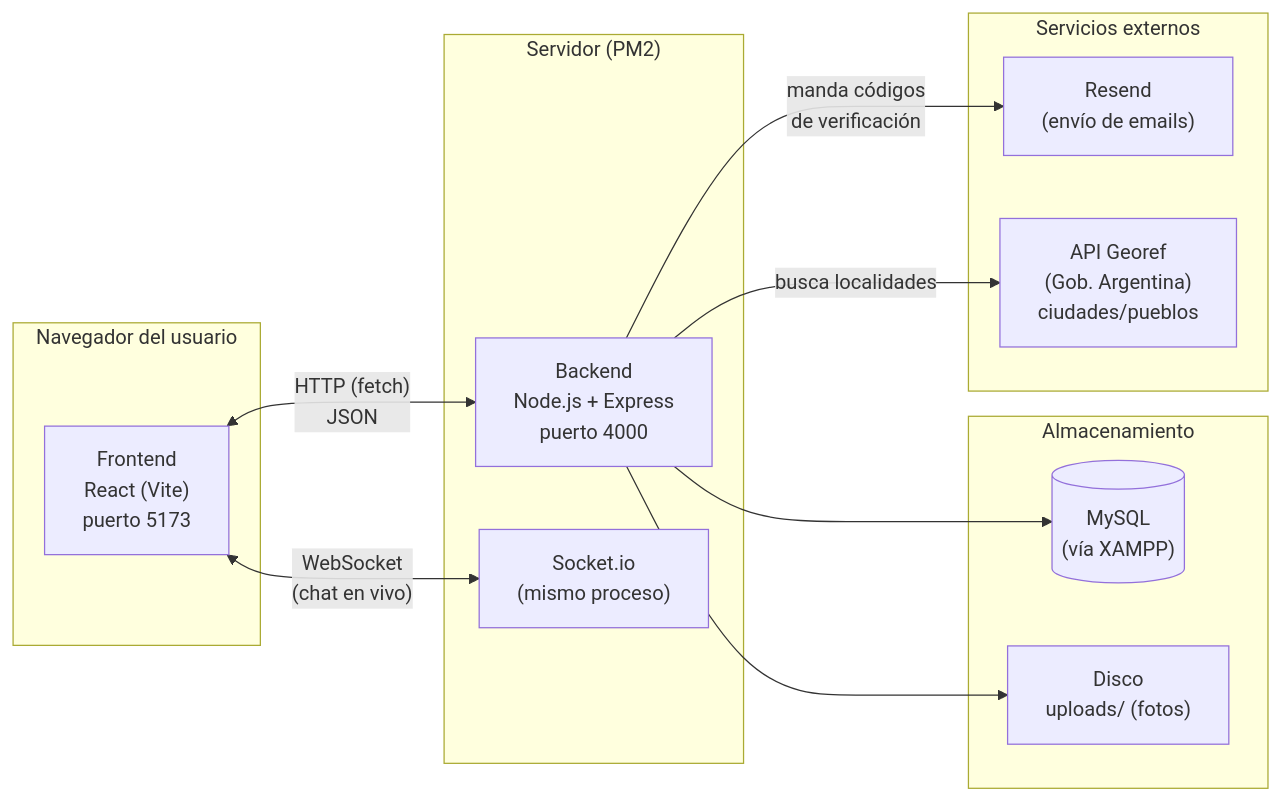
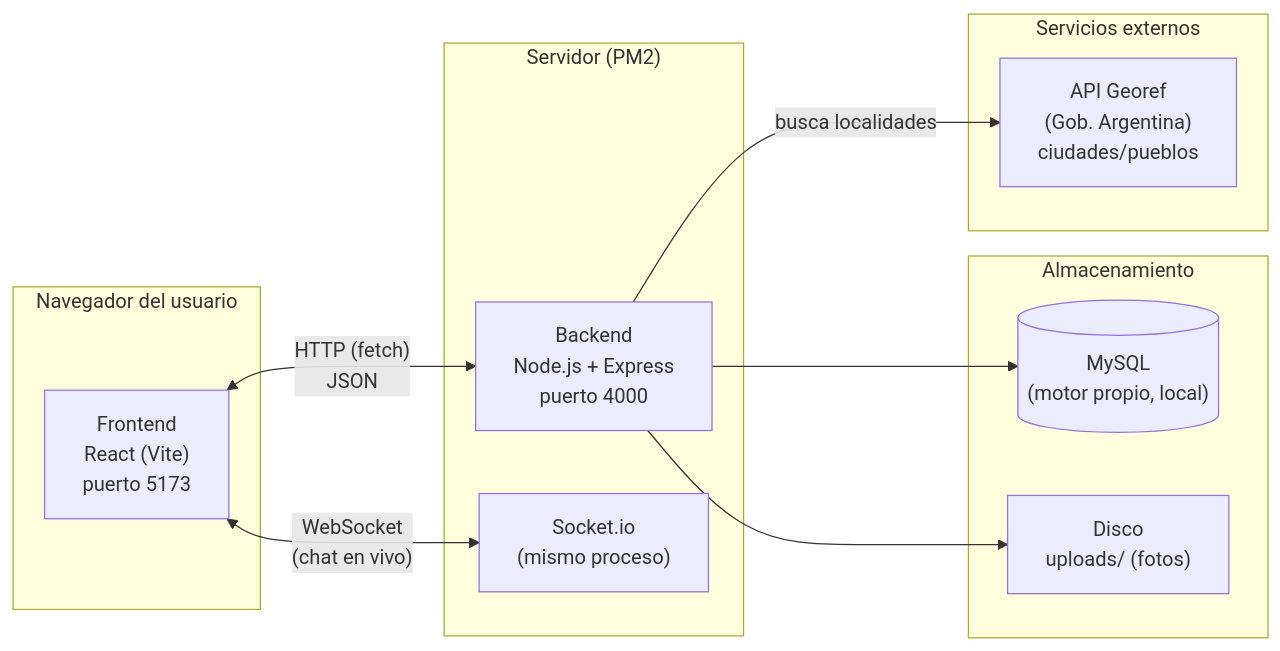
Before and after one commit to Sebollitaaa/PataHogarWEB: the first of 9 diagrams in DOCUMENTACION_TECNICA.md, drawn with Mermaid. The commit also changed other lines of this file and 26 other files, not shown here.

````diff
--- a/DOCUMENTACION_TECNICA.md
+++ b/DOCUMENTACION_TECNICA.md
@@ -42,28 +42,26 @@
 ```mermaid
 flowchart LR
     subgraph Navegador["Navegador del usuario"]
         FE["Frontend<br/>React (Vite)<br/>puerto 5173"]
     end
 
     subgraph Servidor["Servidor (PM2)"]
         BE["Backend<br/>Node.js + Express<br/>puerto 4000"]
         WS["Socket.io<br/>(mismo proceso)"]
     end
 
     subgraph Datos["Almacenamiento"]
-        DB[("MySQL<br/>(vía XAMPP)")]
+        DB[("MySQL<br/>(motor propio, local)")]
         FS["Disco<br/>uploads/ (fotos)"]
     end
 
     subgraph Externos["Servicios externos"]
-        RESEND["Resend<br/>(envío de emails)"]
         GEOREF["API Georef<br/>(Gob. Argentina)<br/>ciudades/pueblos"]
     end
 
     FE <-- "HTTP (fetch)<br/>JSON" --> BE
     FE <-- "WebSocket<br/>(chat en vivo)" --> WS
     BE --> DB
     BE --> FS
-    BE -- "manda códigos<br/>de verificación" --> RESEND
     BE -- "busca localidades" --> GEOREF
 ```
````
